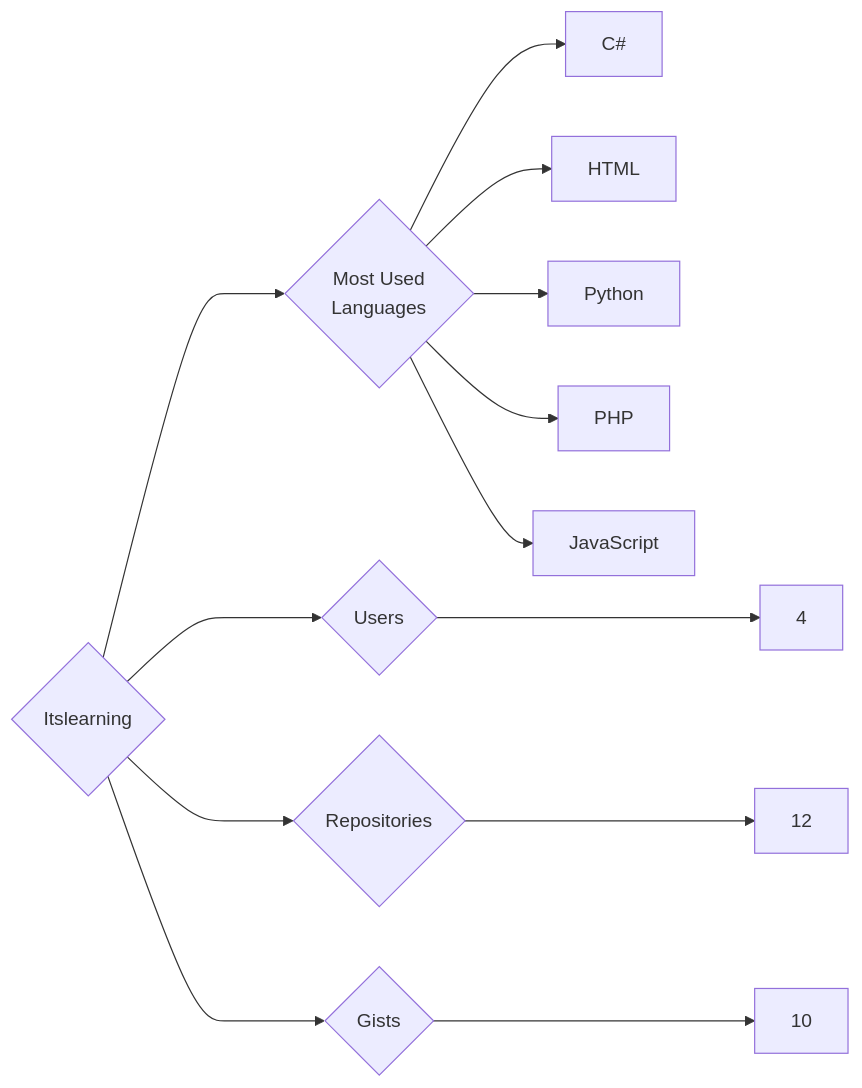
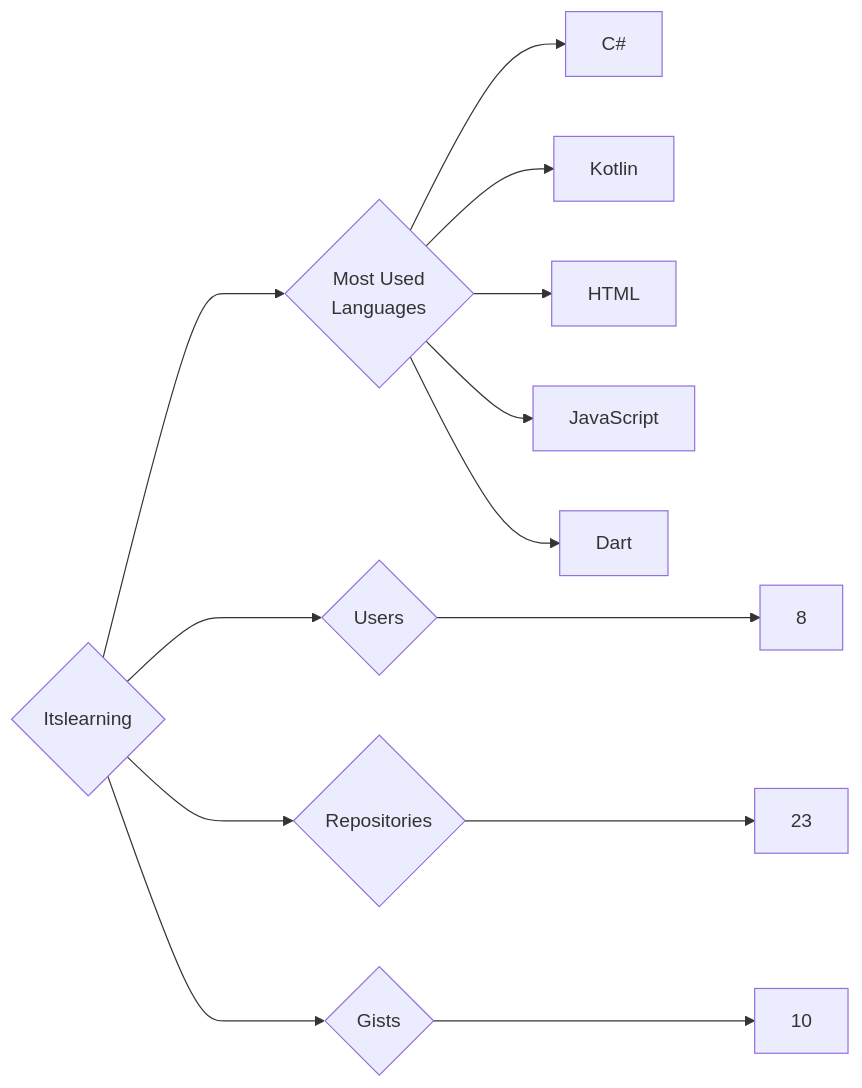
Before and after one commit to trickest/insiders: the diagram in targets/Itslearning/README.md, drawn with Mermaid. The commit also changed 930 other files, not shown here.

````diff
--- a/targets/Itslearning/README.md
+++ b/targets/Itslearning/README.md
@@ -3,13 +3,13 @@
 ```mermaid
 graph LR
 COMPANY_NAME{Itslearning}
-COMPANY_NAME ---> U{Users} ---> UN[4]
-COMPANY_NAME ---> R{Repositories} ---> RN[12]
+COMPANY_NAME ---> U{Users} ---> UN[8]
+COMPANY_NAME ---> R{Repositories} ---> RN[23]
 COMPANY_NAME ---> G{Gists} ---> GN[10]
 COMPANY_NAME ---> ML{Most Used<br>Languages}
 ML --> C#[C#]
+ML --> Kotlin[Kotlin]
 ML --> HTML[HTML]
-ML --> Python[Python]
-ML --> PHP[PHP]
 ML --> JavaScript[JavaScript]
+ML --> Dart[Dart]
 ```
````
